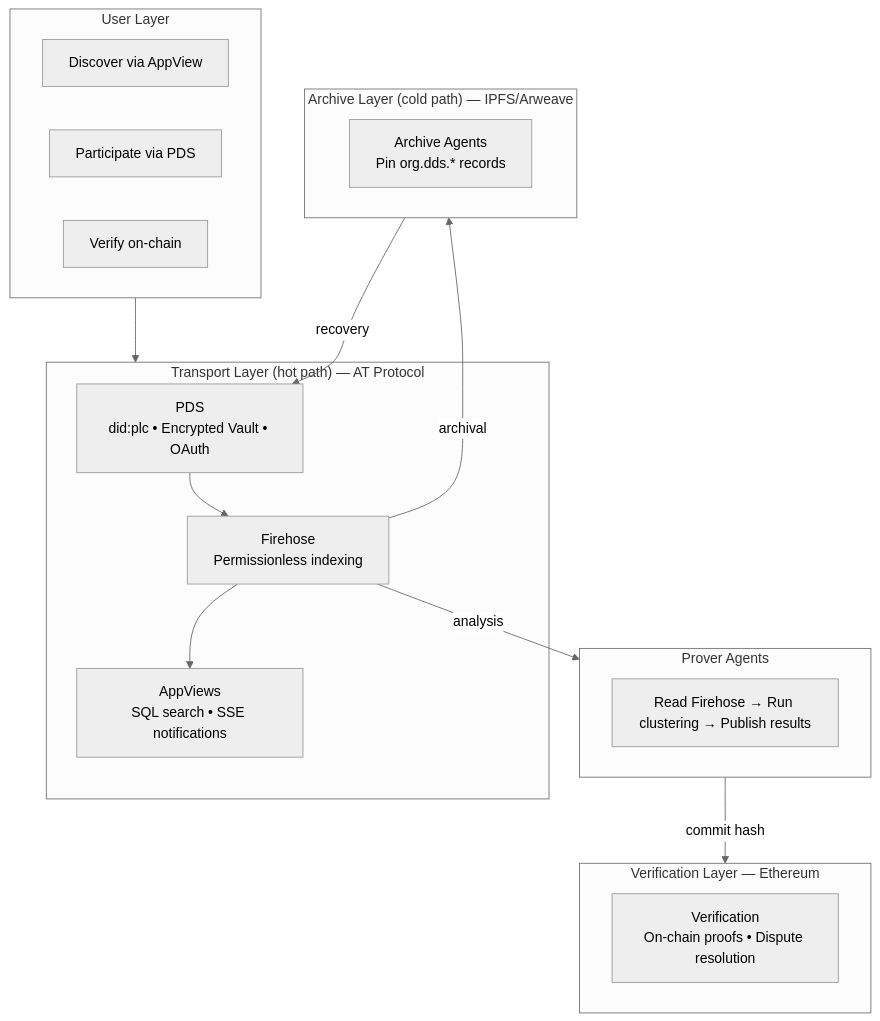
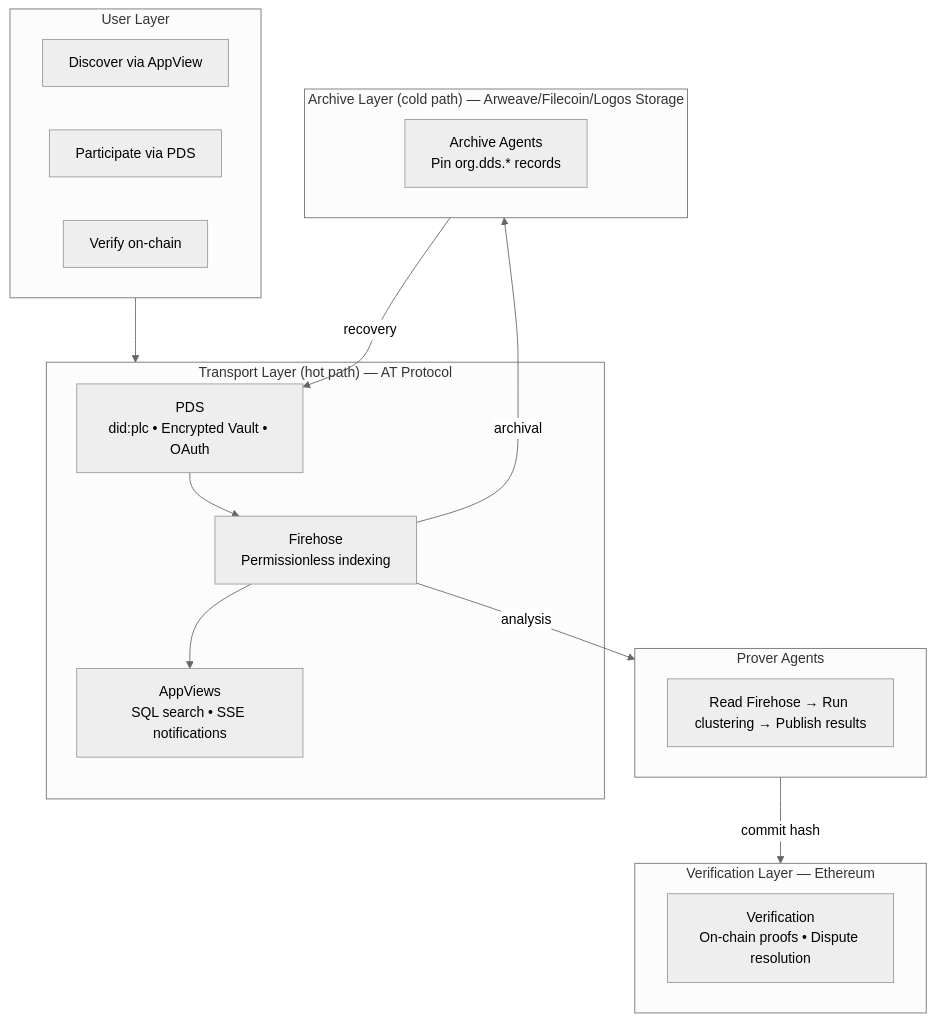
The first of 2 diagrams in doc/decentralized-protocol/0013-agora-atproto-walkaway.md (zkorum/agora), drawn with Mermaid (neutral theme) before and after one commit. The commit also changed other lines of this file and 2 other files, not shown here.

First line of the commit message:
docs(protocol): clean up DDS spec structure, auth model, and storage references

````diff
--- a/doc/decentralized-protocol/0013-agora-atproto-walkaway.md
+++ b/doc/decentralized-protocol/0013-agora-atproto-walkaway.md
@@ -29,33 +27,33 @@
 ```mermaid
 flowchart TB
     subgraph User["User Layer"]
         Discover[Discover via AppView]
         Participate[Participate via PDS]
         Verify[Verify on-chain]
     end
 
     subgraph Transport["Transport Layer (hot path) — AT Protocol"]
         PDS["PDS<br/>did:plc • Encrypted Vault • OAuth"]
         Firehose["Firehose<br/>Permissionless indexing"]
         AppView["AppViews<br/>SQL search • SSE notifications"]
         PDS --> Firehose --> AppView
     end
 
-    subgraph Archive["Archive Layer (cold path) — IPFS/Arweave"]
+    subgraph Archive["Archive Layer (cold path) — Arweave/Filecoin/Logos Storage"]
         ArchiveAgents["Archive Agents<br/>Pin org.dds.* records"]
     end
 
     subgraph Verification["Verification Layer — Ethereum"]
         Truth["Verification<br/>On-chain proofs • Dispute resolution"]
     end
 
     subgraph Prover["Prover Agents"]
         Compute["Read Firehose → Run clustering → Publish results"]
     end
 
     User --> Transport
     Firehose -->|archival| Archive
     Firehose -->|analysis| Prover
     Prover -->|commit hash| Verification
     Archive -->|recovery| PDS
 ```
````
